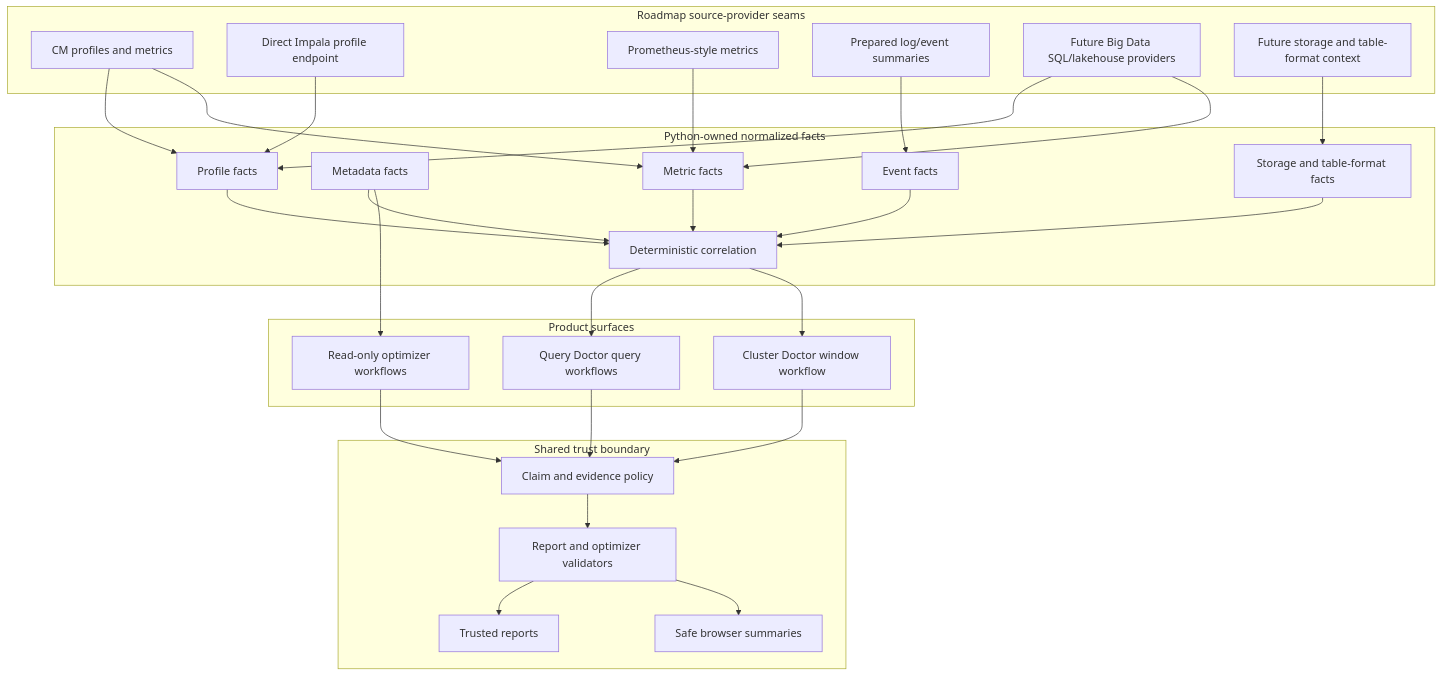
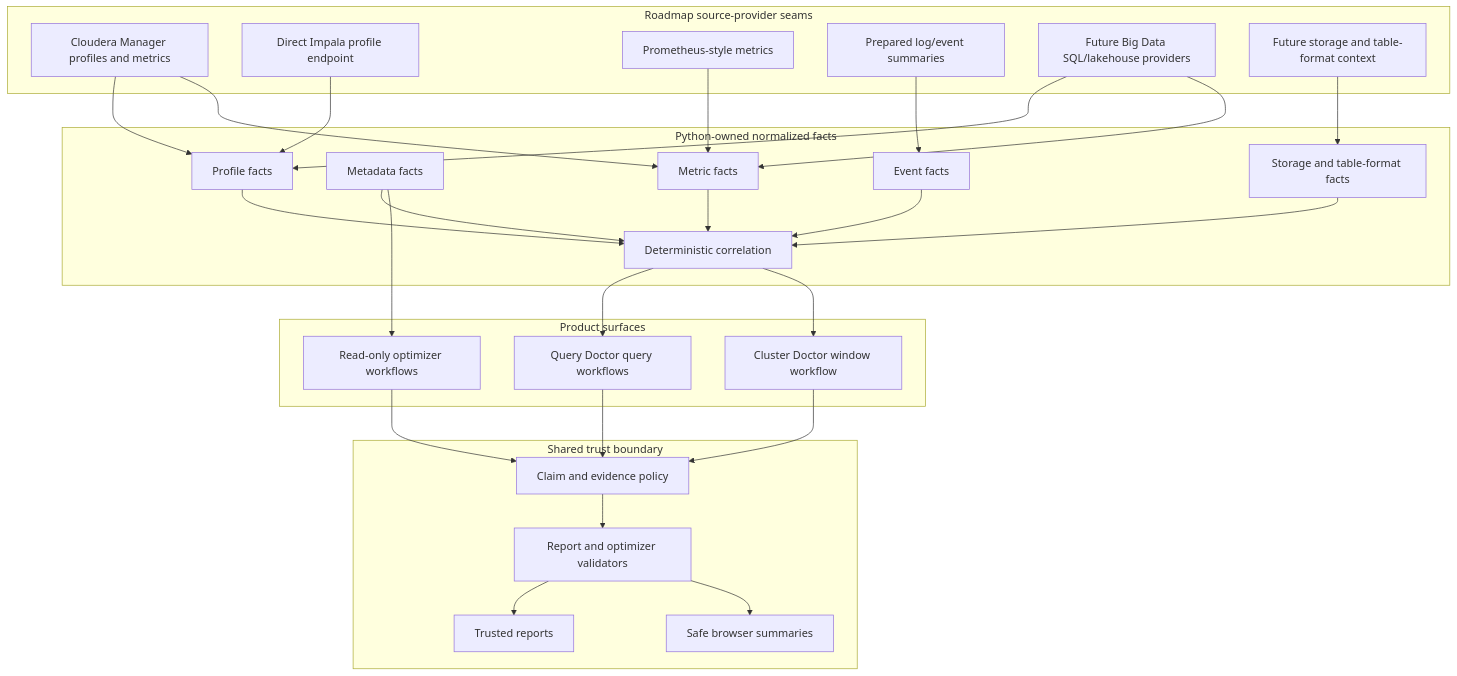
Before and after one commit to alexandrefimov/Query-Doctor: the second of 2 diagrams in docs/architecture.md, drawn with Mermaid. The commit also changed other lines of this file and 45 other files, not shown here.

````diff
--- a/docs/architecture.md
+++ b/docs/architecture.md
@@ -82,56 +83,56 @@
 ```mermaid
 flowchart TD
     subgraph Providers["Roadmap source-provider seams"]
-        CMProvider[CM profiles and metrics]
+        CMProvider[Cloudera Manager profiles and metrics]
         ImpalaDaemon[Direct Impala profile endpoint]
         PromProvider[Prometheus-style metrics]
         EventProvider[Prepared log/event summaries]
         LakehouseProvider[Future Big Data SQL/lakehouse providers]
         StorageProvider[Future storage and table-format context]
     end
 
     subgraph Normalized["Python-owned normalized facts"]
         ProfileFacts[Profile facts]
         MetadataFacts[Metadata facts]
         StorageFacts[Storage and table-format facts]
         MetricFacts[Metric facts]
         EventFacts[Event facts]
         Correlation[Deterministic correlation]
     end
 
     subgraph Products["Product surfaces"]
         QueryDoctor[Query Doctor query workflows]
         ClusterDoctor[Cluster Doctor window workflow]
         OptimizerSurface[Read-only optimizer workflows]
     end
 
     subgraph TrustBoundary["Shared trust boundary"]
         ClaimRegistry[Claim and evidence policy]
         Validators[Report and optimizer validators]
         Reports[Trusted reports]
         Browser[Safe browser summaries]
     end
 
     CMProvider --> ProfileFacts
     CMProvider --> MetricFacts
     ImpalaDaemon --> ProfileFacts
     PromProvider --> MetricFacts
     EventProvider --> EventFacts
     LakehouseProvider --> ProfileFacts
     LakehouseProvider --> MetricFacts
     StorageProvider --> StorageFacts
     ProfileFacts --> Correlation
     MetadataFacts --> Correlation
     StorageFacts --> Correlation
     MetricFacts --> Correlation
     EventFacts --> Correlation
     Correlation --> QueryDoctor
     Correlation --> ClusterDoctor
     MetadataFacts --> OptimizerSurface
     QueryDoctor --> ClaimRegistry
     ClusterDoctor --> ClaimRegistry
     OptimizerSurface --> ClaimRegistry
     ClaimRegistry --> Validators
     Validators --> Reports
     Validators --> Browser
 ```
````
